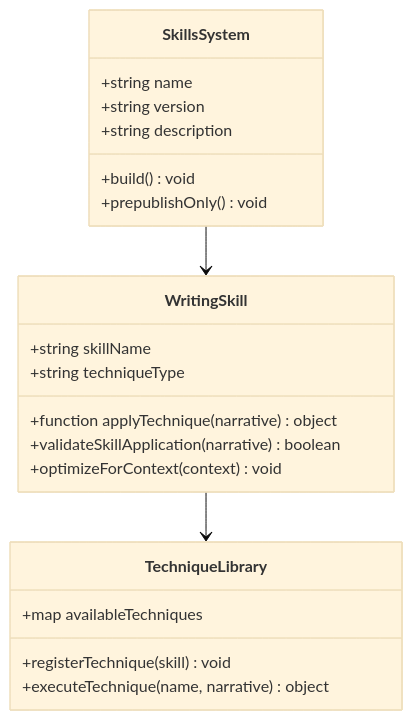
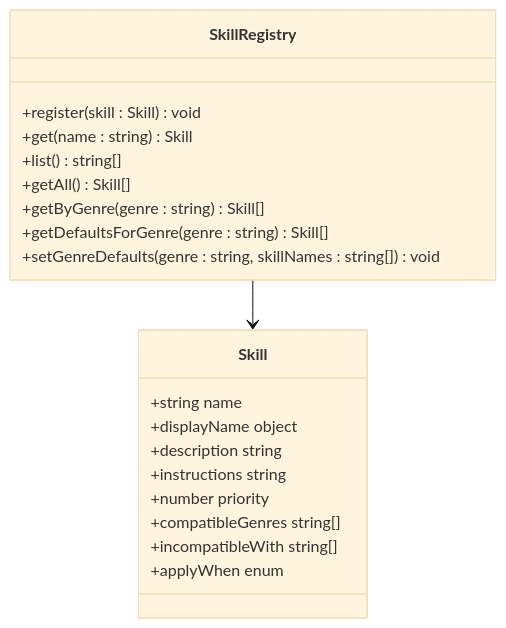
One commit to liwonder/NARRITIVE_OS changed the third of 4 diagrams in .qoder/repowiki/en/content/Genre and Skills Systems.md. Above: the diagram before and after it, drawn with Mermaid (base theme). The commit also changed other lines of this file and 14 other files, not shown here.

````diff
--- a/.qoder/repowiki/en/content/Genre and Skills Systems.md
+++ b/.qoder/repowiki/en/content/Genre and Skills Systems.md
@@ -127,24 +168,23 @@
 ```mermaid
 classDiagram
-class SkillsSystem {
+class SkillRegistry {
++register(skill : Skill) void
++get(name : string) Skill
++list() string[]
++getAll() Skill[]
++getByGenre(genre : string) Skill[]
++getDefaultsForGenre(genre : string) Skill[]
++setGenreDefaults(genre : string, skillNames : string[]) void
+}
+class Skill {
 +string name
-+string version
-+string description
-+build() void
-+prepublishOnly() void
++displayName object
++description string
++instructions string
++number priority
++compatibleGenres string[]
++incompatibleWith string[]
++applyWhen enum
 }
-class WritingSkill {
-+string skillName
-+string techniqueType
-+function applyTechnique(narrative) object
-+validateSkillApplication(narrative) boolean
-+optimizeForContext(context) void
-}
-class TechniqueLibrary {
-+map availableTechniques
-+registerTechnique(skill) void
-+executeTechnique(name, narrative) object
-}
-SkillsSystem --> WritingSkill
-WritingSkill --> TechniqueLibrary
+SkillRegistry --> Skill
 ```
````
